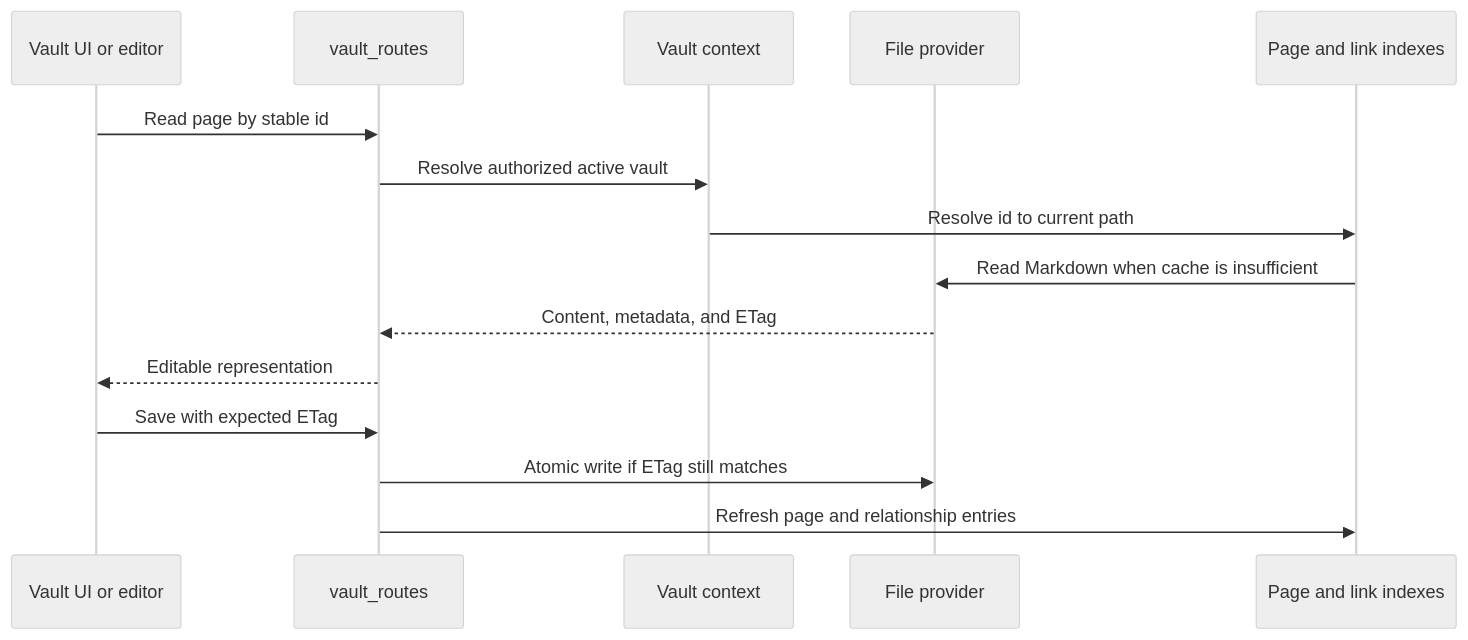
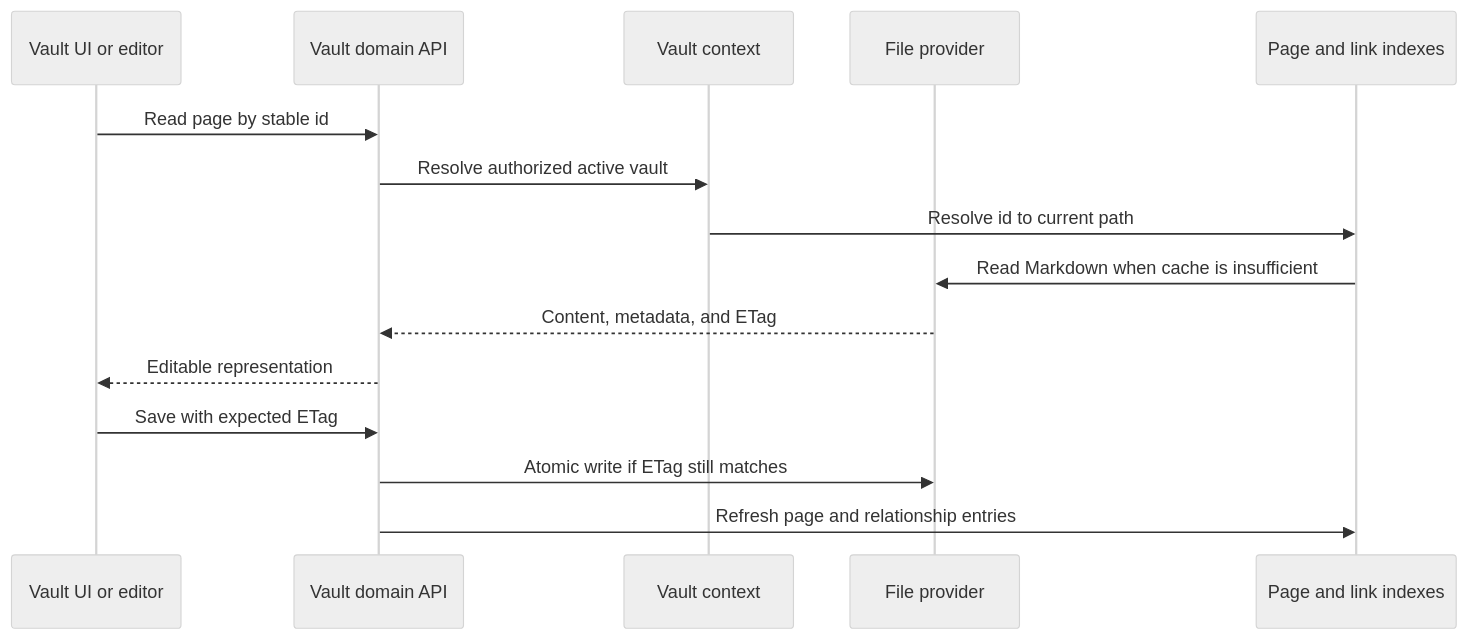
Before and after one commit to ismigar/Gnosi: the diagram in docs/engineering-ca/domains/vault-files.md, drawn with Mermaid (neutral theme). The commit also changed other lines of this file and 43 other files, not shown here.

Commit message:
refactor(backend): extract vault page domain (#48)

````diff
--- a/docs/engineering-ca/domains/vault-files.md
+++ b/docs/engineering-ca/domains/vault-files.md
@@ -27,17 +30,17 @@
 ```mermaid
 sequenceDiagram
     participant UI as Vault UI or editor
-    participant R as vault_routes
+    participant R as Vault domain API
     participant C as Vault context
     participant F as File provider
     participant I as Page and link indexes
     UI->>R: Read page by stable id
     R->>C: Resolve authorized active vault
     C->>I: Resolve id to current path
     I->>F: Read Markdown when cache is insufficient
     F-->>R: Content, metadata, and ETag
     R-->>UI: Editable representation
     UI->>R: Save with expected ETag
     R->>F: Atomic write if ETag still matches
     R->>I: Refresh page and relationship entries
 ```
````
